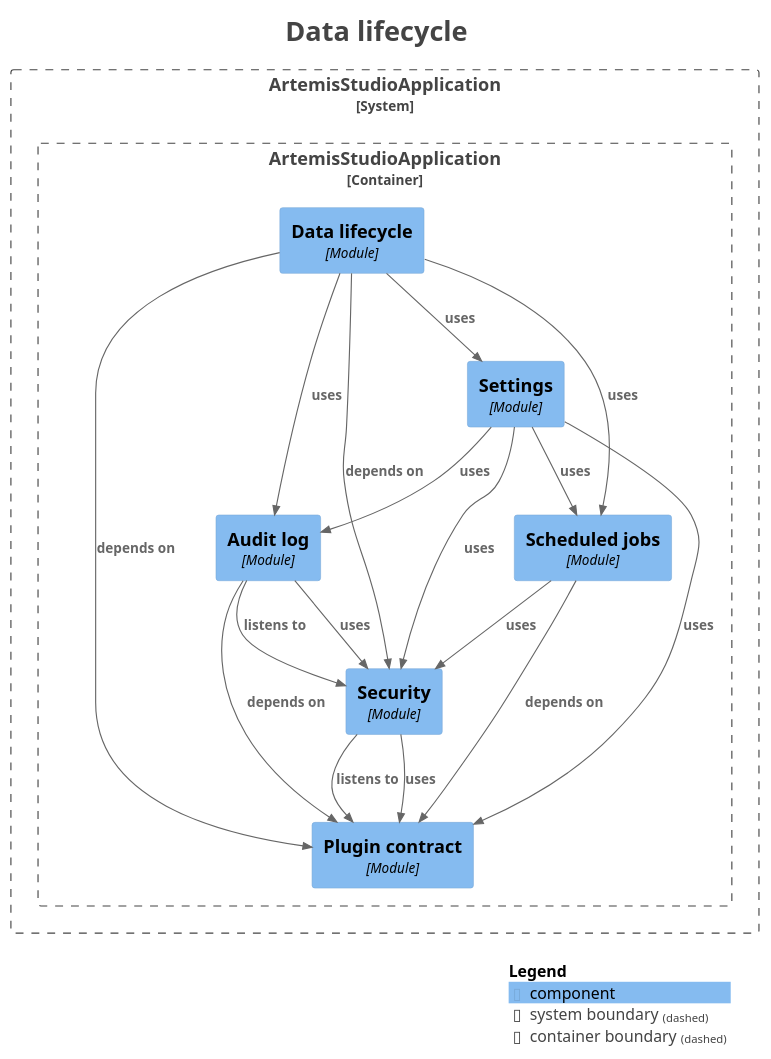
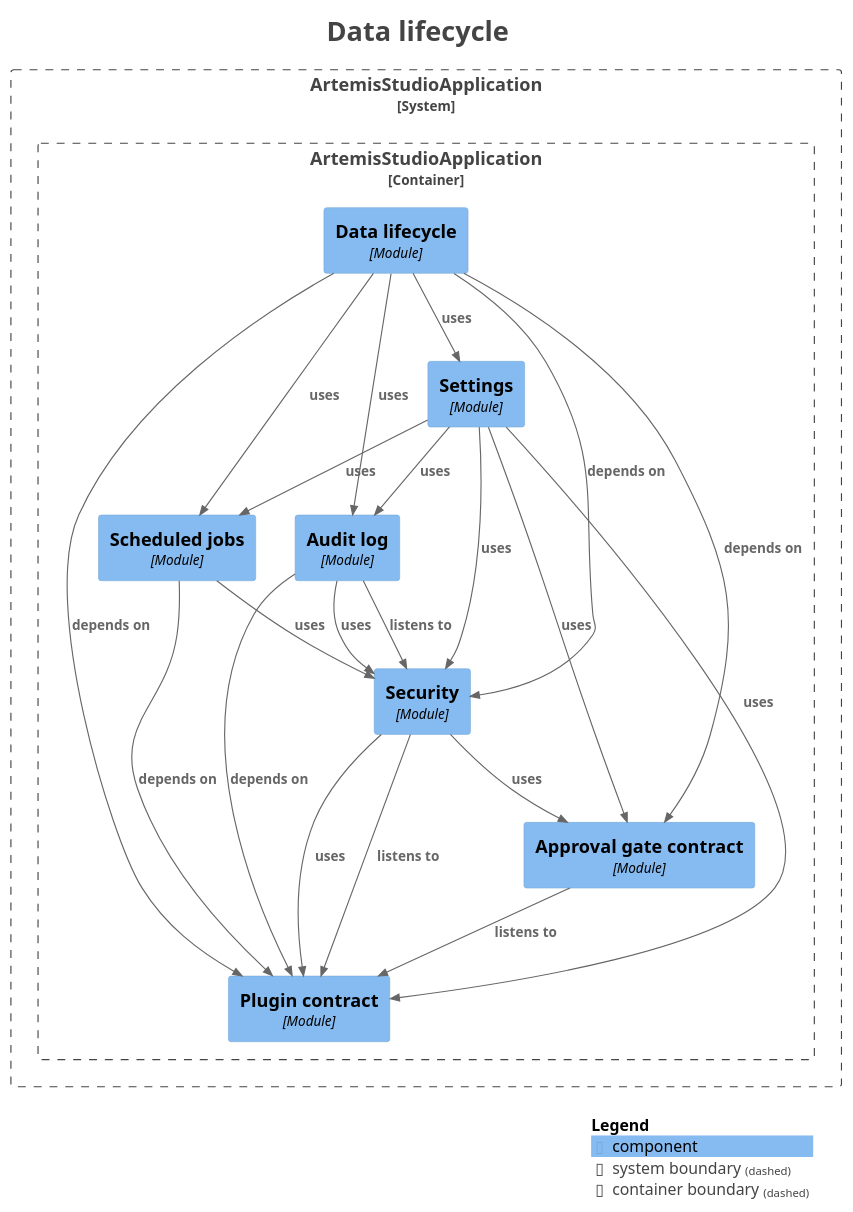
The diagram in docs/modules/module-kernel.lifecycle.puml (sudoitir/artemis-studio), drawn with PlantUML before and after one commit. The commit also changed 13 other files, not shown here.

Commit message:
docs(modules): regenerate the module diagrams for the gate contract's held response and leases

```diff
--- a/docs/modules/module-kernel.lifecycle.puml
+++ b/docs/modules/module-kernel.lifecycle.puml
@@ -1,49 +1,54 @@
 @startuml
 title <size:24>Data lifecycle</size>
 
 set separator none
 top to bottom direction
 
 <style>
   root {
     BackgroundColor: #ffffff
     FontColor: #444444
   }
 </style>
 
 !include <C4/C4>
 !include <C4/C4_Context>
 !include <C4/C4_Component>
 
 System_Boundary("ArtemisStudioApplication_boundary", "ArtemisStudioApplication", $tags="") {
   Container_Boundary("ArtemisStudioApplication.ArtemisStudioApplication_boundary", "ArtemisStudioApplication", $tags="") {
+    Component(ArtemisStudioApplication.ArtemisStudioApplication.Approvalgatecontract, "Approval gate contract", $techn="Module", $descr="", $tags="", $link="")
     Component(ArtemisStudioApplication.ArtemisStudioApplication.Auditlog, "Audit log", $techn="Module", $descr="", $tags="", $link="")
     Component(ArtemisStudioApplication.ArtemisStudioApplication.Datalifecycle, "Data lifecycle", $techn="Module", $descr="", $tags="", $link="")
     Component(ArtemisStudioApplication.ArtemisStudioApplication.Plugincontract, "Plugin contract", $techn="Module", $descr="", $tags="", $link="")
     Component(ArtemisStudioApplication.ArtemisStudioApplication.Scheduledjobs, "Scheduled jobs", $techn="Module", $descr="", $tags="", $link="")
     Component(ArtemisStudioApplication.ArtemisStudioApplication.Security, "Security", $techn="Module", $descr="", $tags="", $link="")
     Component(ArtemisStudioApplication.ArtemisStudioApplication.Settings, "Settings", $techn="Module", $descr="", $tags="", $link="")
   }
 
 }
 
+Rel(ArtemisStudioApplication.ArtemisStudioApplication.Approvalgatecontract, ArtemisStudioApplication.ArtemisStudioApplication.Plugincontract, "listens to", $techn="", $tags="", $link="")
 Rel(ArtemisStudioApplication.ArtemisStudioApplication.Auditlog, ArtemisStudioApplication.ArtemisStudioApplication.Plugincontract, "depends on", $techn="", $tags="", $link="")
 Rel(ArtemisStudioApplication.ArtemisStudioApplication.Auditlog, ArtemisStudioApplication.ArtemisStudioApplication.Security, "listens to", $techn="", $tags="", $link="")
 Rel(ArtemisStudioApplication.ArtemisStudioApplication.Auditlog, ArtemisStudioApplication.ArtemisStudioApplication.Security, "uses", $techn="", $tags="", $link="")
+Rel(ArtemisStudioApplication.ArtemisStudioApplication.Datalifecycle, ArtemisStudioApplication.ArtemisStudioApplication.Approvalgatecontract, "depends on", $techn="", $tags="", $link="")
 Rel(ArtemisStudioApplication.ArtemisStudioApplication.Datalifecycle, ArtemisStudioApplication.ArtemisStudioApplication.Auditlog, "uses", $techn="", $tags="", $link="")
 Rel(ArtemisStudioApplication.ArtemisStudioApplication.Datalifecycle, ArtemisStudioApplication.ArtemisStudioApplication.Plugincontract, "depends on", $techn="", $tags="", $link="")
 Rel(ArtemisStudioApplication.ArtemisStudioApplication.Datalifecycle, ArtemisStudioApplication.ArtemisStudioApplication.Scheduledjobs, "uses", $techn="", $tags="", $link="")
 Rel(ArtemisStudioApplication.ArtemisStudioApplication.Datalifecycle, ArtemisStudioApplication.ArtemisStudioApplication.Security, "depends on", $techn="", $tags="", $link="")
 Rel(ArtemisStudioApplication.ArtemisStudioApplication.Datalifecycle, ArtemisStudioApplication.ArtemisStudioApplication.Settings, "uses", $techn="", $tags="", $link="")
 Rel(ArtemisStudioApplication.ArtemisStudioApplication.Scheduledjobs, ArtemisStudioApplication.ArtemisStudioApplication.Plugincontract, "depends on", $techn="", $tags="", $link="")
 Rel(ArtemisStudioApplication.ArtemisStudioApplication.Scheduledjobs, ArtemisStudioApplication.ArtemisStudioApplication.Security, "uses", $techn="", $tags="", $link="")
+Rel(ArtemisStudioApplication.ArtemisStudioApplication.Security, ArtemisStudioApplication.ArtemisStudioApplication.Approvalgatecontract, "uses", $techn="", $tags="", $link="")
 Rel(ArtemisStudioApplication.ArtemisStudioApplication.Security, ArtemisStudioApplication.ArtemisStudioApplication.Plugincontract, "listens to", $techn="", $tags="", $link="")
 Rel(ArtemisStudioApplication.ArtemisStudioApplication.Security, ArtemisStudioApplication.ArtemisStudioApplication.Plugincontract, "uses", $techn="", $tags="", $link="")
+Rel(ArtemisStudioApplication.ArtemisStudioApplication.Settings, ArtemisStudioApplication.ArtemisStudioApplication.Approvalgatecontract, "uses", $techn="", $tags="", $link="")
 Rel(ArtemisStudioApplication.ArtemisStudioApplication.Settings, ArtemisStudioApplication.ArtemisStudioApplication.Auditlog, "uses", $techn="", $tags="", $link="")
 Rel(ArtemisStudioApplication.ArtemisStudioApplication.Settings, ArtemisStudioApplication.ArtemisStudioApplication.Plugincontract, "uses", $techn="", $tags="", $link="")
 Rel(ArtemisStudioApplication.ArtemisStudioApplication.Settings, ArtemisStudioApplication.ArtemisStudioApplication.Scheduledjobs, "uses", $techn="", $tags="", $link="")
 Rel(ArtemisStudioApplication.ArtemisStudioApplication.Settings, ArtemisStudioApplication.ArtemisStudioApplication.Security, "uses", $techn="", $tags="", $link="")
 
 SHOW_LEGEND(true)
 hide stereotypes
 @enduml
```
